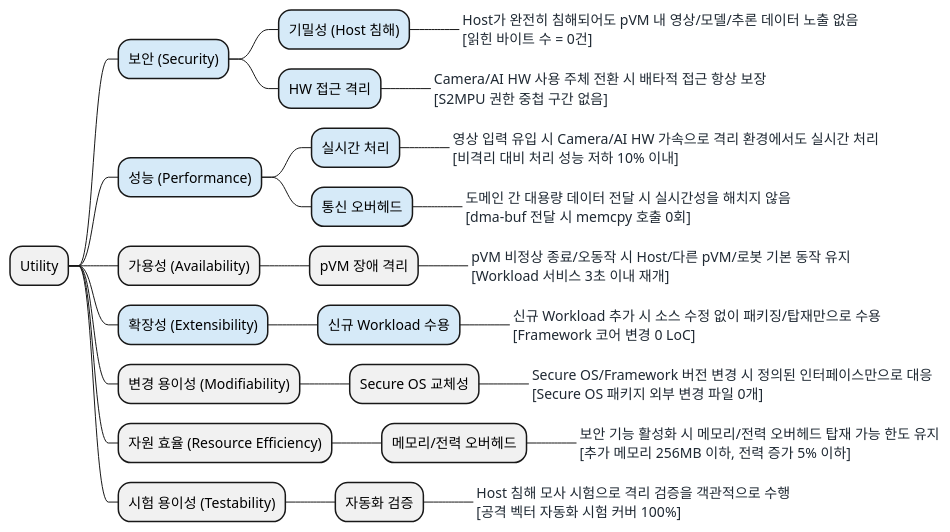
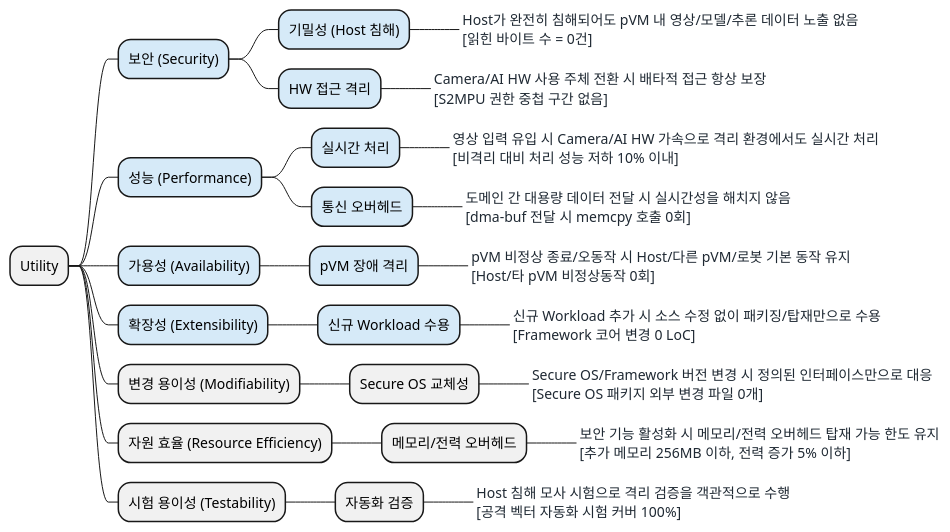
The diagram in docs/03_utility_tree.md (boram1288/test-p), drawn with PlantUML before and after one commit. The commit also changed other lines of this file and 25 other files, not shown here.

````diff
--- a/docs/03_utility_tree.md
+++ b/docs/03_utility_tree.md
@@ -24,37 +24,37 @@
 ```plantuml
 @startmindmap
 <style>
 mindmapDiagram {
   boxless {
     FontColor #1F2933
   }
 }
 </style>
 * Utility
 **[#D6EAF8] 보안 (Security)
 ***[#D6EAF8] 기밀성 (Host 침해)
 ****_ Host가 완전히 침해되어도 pVM 내 영상/모델/추론 데이터 노출 없음\n[읽힌 바이트 수 = 0건]
 ***[#D6EAF8] HW 접근 격리
 ****_ Camera/AI HW 사용 주체 전환 시 배타적 접근 항상 보장\n[S2MPU 권한 중첩 구간 없음]
 **[#D6EAF8] 성능 (Performance)
 ***[#D6EAF8] 실시간 처리
 ****_ 영상 입력 유입 시 Camera/AI HW 가속으로 격리 환경에서도 실시간 처리\n[비격리 대비 처리 성능 저하 10% 이내]
 ***[#D6EAF8] 통신 오버헤드
 ****_ 도메인 간 대용량 데이터 전달 시 실시간성을 해치지 않음\n[dma-buf 전달 시 memcpy 호출 0회]
-** 가용성 (Availability)
-*** pVM 장애 격리
-****_ pVM 비정상 종료/오동작 시 Host/다른 pVM/로봇 기본 동작 유지\n[Workload 서비스 3초 이내 재개]
+**[#D6EAF8] 가용성 (Availability)
+***[#D6EAF8] pVM 장애 격리
+****_ pVM 비정상 종료/오동작 시 Host/다른 pVM/로봇 기본 동작 유지\n[Host/타 pVM 비정상동작 0회]
 **[#D6EAF8] 확장성 (Extensibility)
 ***[#D6EAF8] 신규 Workload 수용
 ****_ 신규 Workload 추가 시 소스 수정 없이 패키징/탑재만으로 수용\n[Framework 코어 변경 0 LoC]
 ** 변경 용이성 (Modifiability)
 *** Secure OS 교체성
 ****_ Secure OS/Framework 버전 변경 시 정의된 인터페이스만으로 대응\n[Secure OS 패키지 외부 변경 파일 0개]
 ** 자원 효율 (Resource Efficiency)
 *** 메모리/전력 오버헤드
 ****_ 보안 기능 활성화 시 메모리/전력 오버헤드 탑재 가능 한도 유지\n[추가 메모리 256MB 이하, 전력 증가 5% 이하]
 ** 시험 용이성 (Testability)
 *** 자동화 검증
 ****_ Host 침해 모사 시험으로 격리 검증을 객관적으로 수행\n[공격 벡터 자동화 시험 커버 100%]
 @endmindmap
 ```
````
